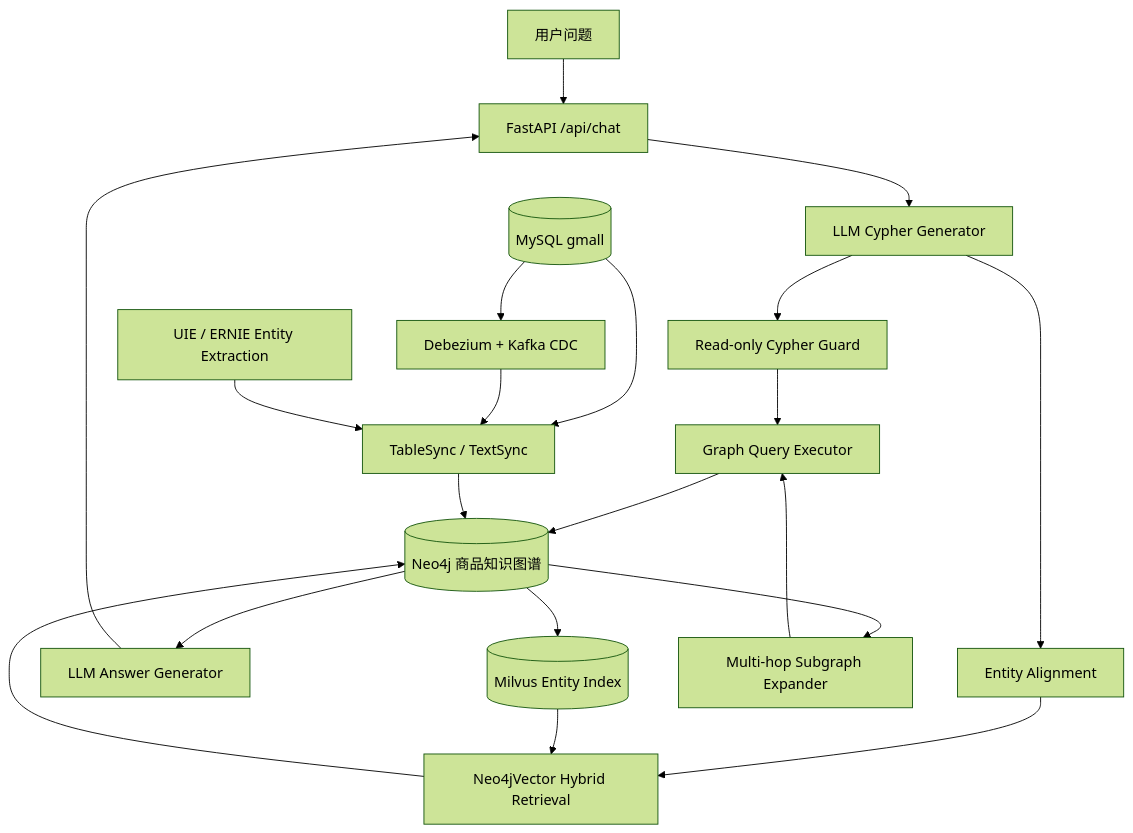
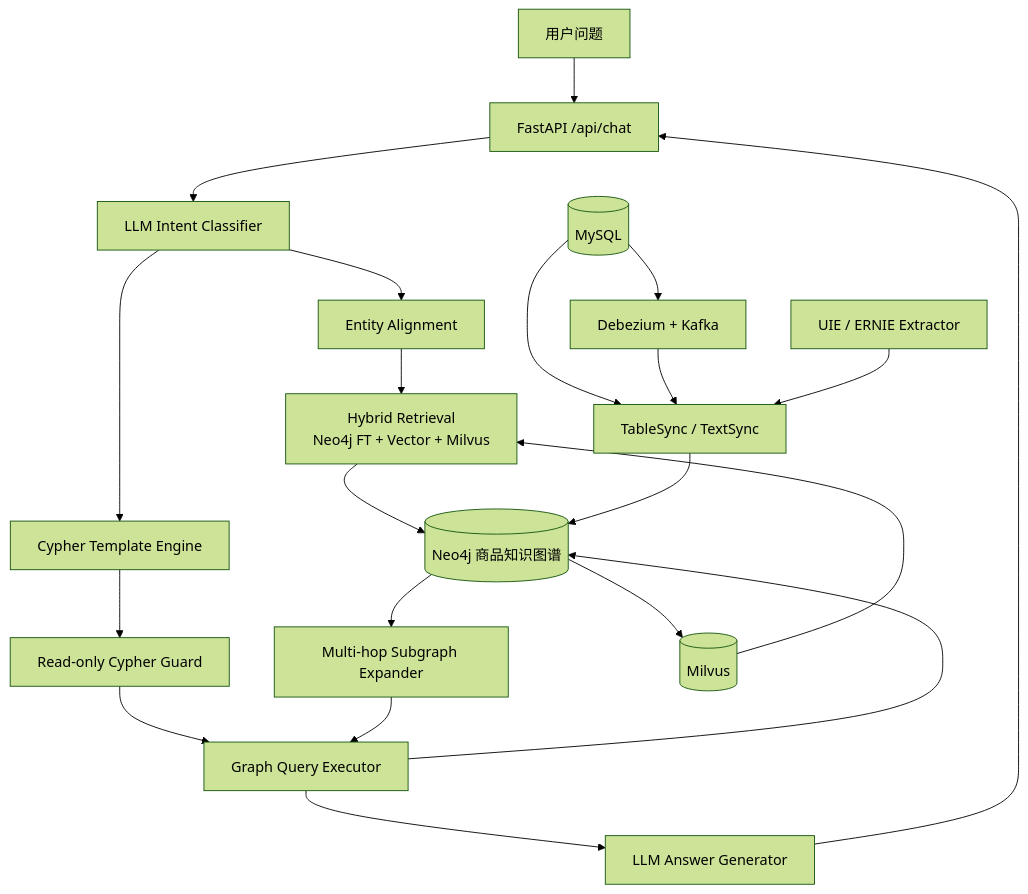
The diagram in README.md (XiaoFeiCode/graph_rag), drawn with Mermaid (forest theme) before and after one commit. The commit also changed other lines of this file and 2 other files, not shown here.

````diff
--- a/README.md
+++ b/README.md
@@ -43,23 +38,24 @@
 ```mermaid
 flowchart TB
     User[用户问题] --> API[FastAPI /api/chat]
-    API --> Generator[LLM Cypher Generator]
-    Generator --> Guard[Read-only Cypher Guard]
+    API --> Generator[LLM Intent Classifier]
     Generator --> Entity[Entity Alignment]
-    Entity --> Hybrid[Neo4jVector Hybrid Retrieval]
+    Entity --> Hybrid[Hybrid Retrieval<br/>Neo4j FT + Vector + Milvus]
     Hybrid --> Graph[(Neo4j 商品知识图谱)]
+    Generator --> Template[Cypher Template Engine]
+    Template --> Guard[Read-only Cypher Guard]
     Guard --> Executor[Graph Query Executor]
     Executor --> Graph
-    Graph --> Answer[LLM Answer Generator]
+    Graph --> Subgraph[Multi-hop Subgraph Expander]
+    Subgraph --> Executor
+    Executor --> Answer[LLM Answer Generator]
     Answer --> API
 
-    MySQL[(MySQL gmall)] --> Sync[TableSync / TextSync]
-    MySQL --> CDC[Debezium + Kafka CDC]
+    MySQL[(MySQL)] --> Sync[TableSync / TextSync]
+    MySQL --> CDC[Debezium + Kafka]
     CDC --> Sync
-    NER[UIE / ERNIE Entity Extraction] --> Sync
+    UIE[UIE / ERNIE Extractor] --> Sync
     Sync --> Graph
-    Graph --> Milvus[(Milvus Entity Index)]
+    Graph --> Milvus[(Milvus)]
     Milvus --> Hybrid
-    Graph --> Subgraph[Multi-hop Subgraph Expander]
-    Subgraph --> Executor
 ```
````
